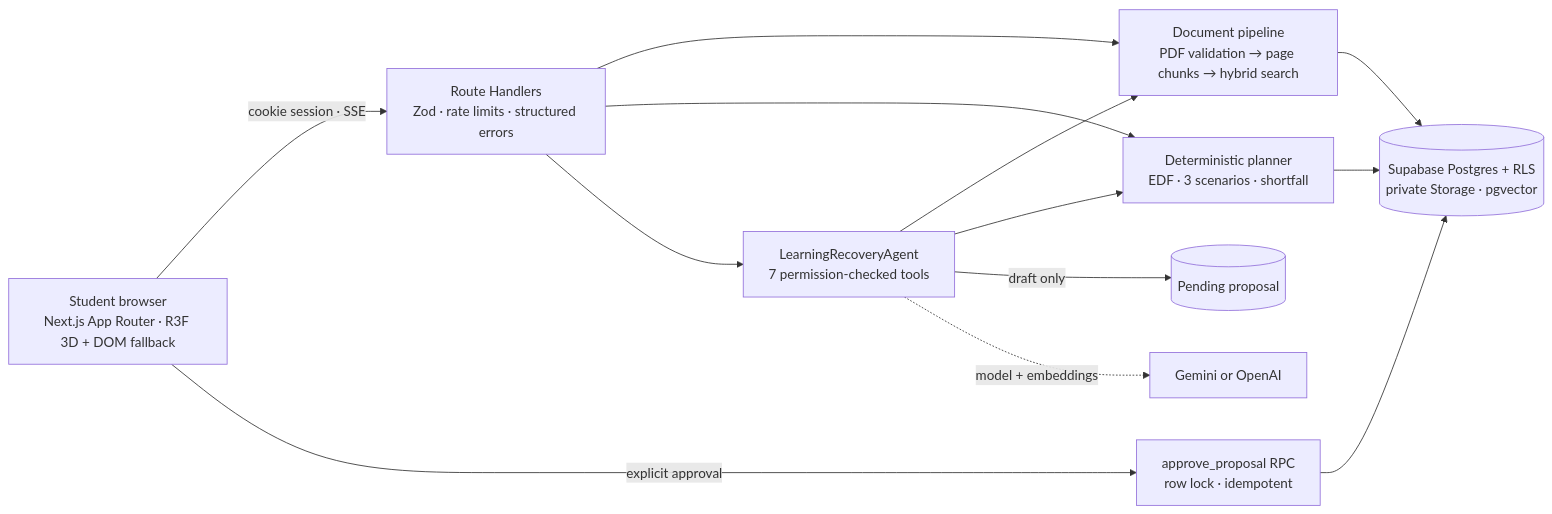
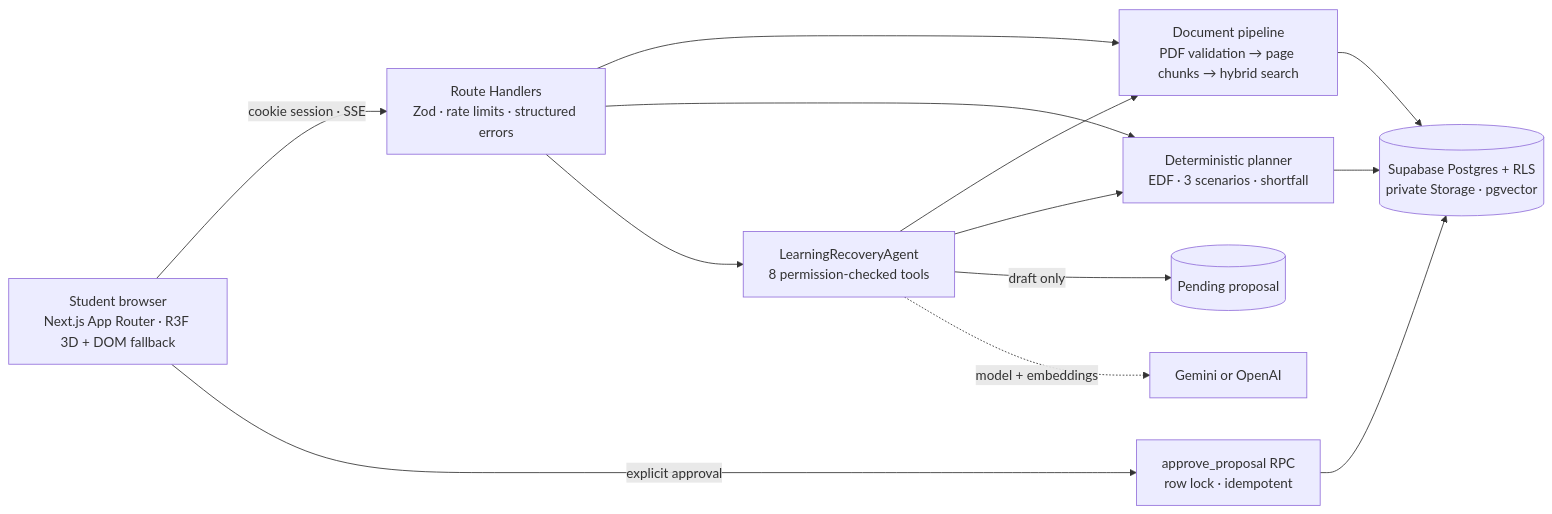
The diagram in README.md (krish2105/CatchupAI-Agentic-AI), drawn with Mermaid before and after one commit. The commit also changed other lines of this file and 4 other files, not shown here.

````diff
--- a/README.md
+++ b/README.md
@@ -116,15 +117,15 @@
 ```mermaid
 flowchart LR
   U[Student browser<br/>Next.js App Router · R3F 3D + DOM fallback] -->|cookie session · SSE| API[Route Handlers<br/>Zod · rate limits · structured errors]
   API --> RAG[Document pipeline<br/>PDF validation → page chunks → hybrid search]
   API --> PLAN[Deterministic planner<br/>EDF · 3 scenarios · shortfall]
-  API --> AGENT[LearningRecoveryAgent<br/>7 permission-checked tools]
+  API --> AGENT[LearningRecoveryAgent<br/>8 permission-checked tools]
   AGENT --> RAG
   AGENT --> PLAN
   AGENT -->|draft only| PROP[(Pending proposal)]
   U -->|explicit approval| APPROVE[approve_proposal RPC<br/>row lock · idempotent]
   APPROVE --> DB[(Supabase Postgres + RLS<br/>private Storage · pgvector)]
   RAG --> DB
   PLAN --> DB
   AGENT -. model + embeddings .-> OAI[Gemini or OpenAI]
 ```
````
